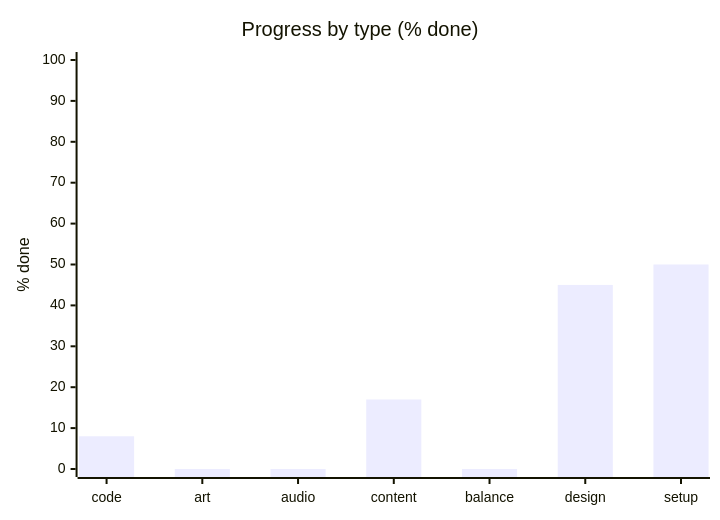
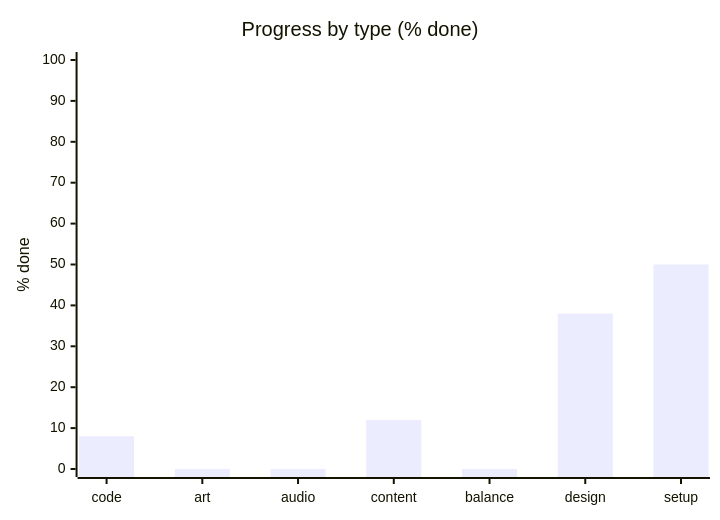
The second of 3 diagrams in STATUS.md (artemiiShabanov/RallyRivals), drawn with Mermaid before and after one commit. The commit also changed other lines of this file and 1 other file, not shown here.

````diff
--- a/STATUS.md
+++ b/STATUS.md
@@ -17,7 +17,7 @@
 ```mermaid
 xychart-beta
     title "Progress by type (% done)"
     x-axis ["code", "art", "audio", "content", "balance", "design", "setup"]
     y-axis "% done" 0 --> 100
-    bar [8, 0, 0, 17, 0, 45, 50]
+    bar [8, 0, 0, 12, 0, 38, 50]
 ```
````
